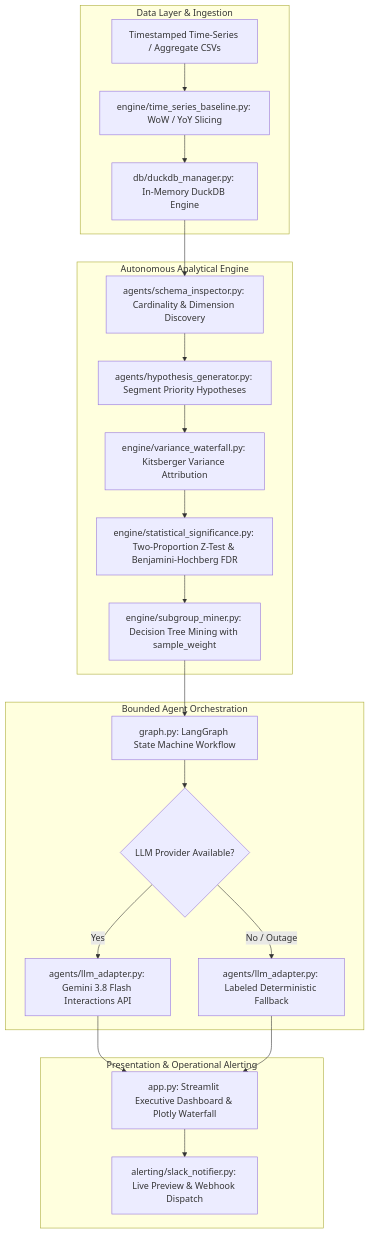
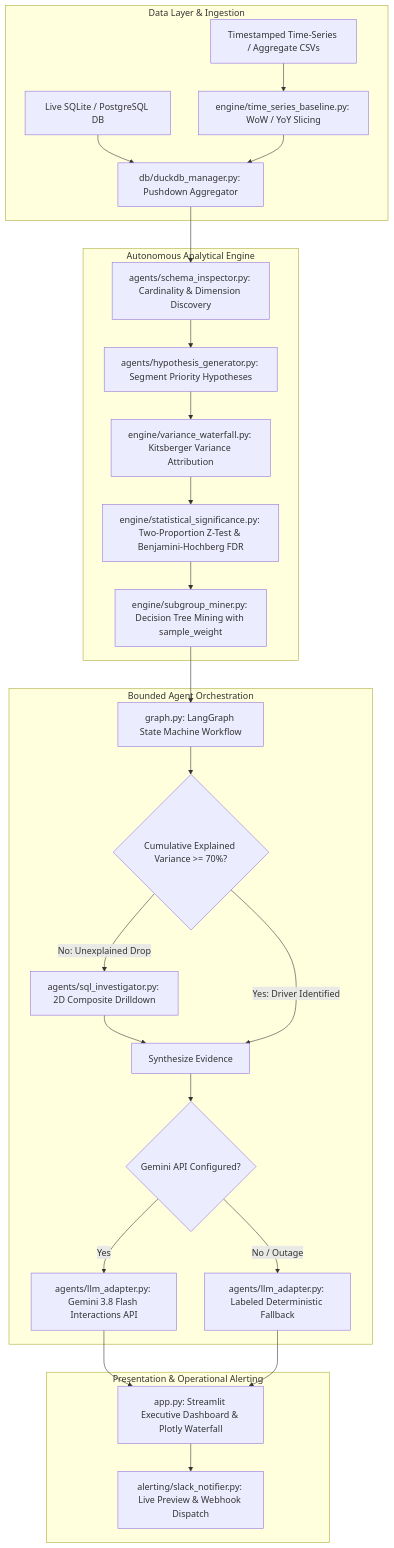
One commit to niranjan310504/Autonomous-Metric-Root-Cause-Analysis-RCA-Variance-Copilot changed the diagram in README.md. Above: the diagram before and after it, drawn with Mermaid. The commit also changed other lines of this file, not shown here.

````diff
--- a/README.md
+++ b/README.md
@@ -62,28 +43,33 @@
 ```mermaid
 flowchart TD
     subgraph Data Layer & Ingestion
         A1[Timestamped Time-Series / Aggregate CSVs] --> B1[engine/time_series_baseline.py: WoW / YoY Slicing]
-        B1 --> B2[db/duckdb_manager.py: In-Memory DuckDB Engine]
+        A2[Live SQLite / PostgreSQL DB] --> B2[db/duckdb_manager.py: Pushdown Aggregator]
+        B1 --> B2
     end
 
     subgraph Autonomous Analytical Engine
         B2 --> C1[agents/schema_inspector.py: Cardinality & Dimension Discovery]
         C1 --> C2[agents/hypothesis_generator.py: Segment Priority Hypotheses]
         C2 --> C3[engine/variance_waterfall.py: Kitsberger Variance Attribution]
         C3 --> C4[engine/statistical_significance.py: Two-Proportion Z-Test & Benjamini-Hochberg FDR]
         C4 --> C5[engine/subgroup_miner.py: Decision Tree Mining with sample_weight]
     end
 
     subgraph Bounded Agent Orchestration
         C5 --> D1[graph.py: LangGraph State Machine Workflow]
-        D1 --> D2{LLM Provider Available?}
-        D2 -- Yes --> E1[agents/llm_adapter.py: Gemini 3.8 Flash Interactions API]
-        D2 -- No / Outage --> E2[agents/llm_adapter.py: Labeled Deterministic Fallback]
+        D1 --> D2{Cumulative Explained Variance >= 70%?}
+        D2 -- No: Unexplained Drop --> D3[agents/sql_investigator.py: 2D Composite Drilldown]
+        D3 --> D4[Synthesize Evidence]
+        D2 -- Yes: Driver Identified --> D4
+        D4 --> D5{Gemini API Configured?}
+        D5 -- Yes --> E1[agents/llm_adapter.py: Gemini 3.8 Flash Interactions API]
+        D5 -- No / Outage --> E2[agents/llm_adapter.py: Labeled Deterministic Fallback]
     end
 
     subgraph Presentation & Operational Alerting
         E1 --> F1[app.py: Streamlit Executive Dashboard & Plotly Waterfall]
         E2 --> F1
         F1 --> F2[alerting/slack_notifier.py: Live Preview & Webhook Dispatch]
     end
 ```
````
